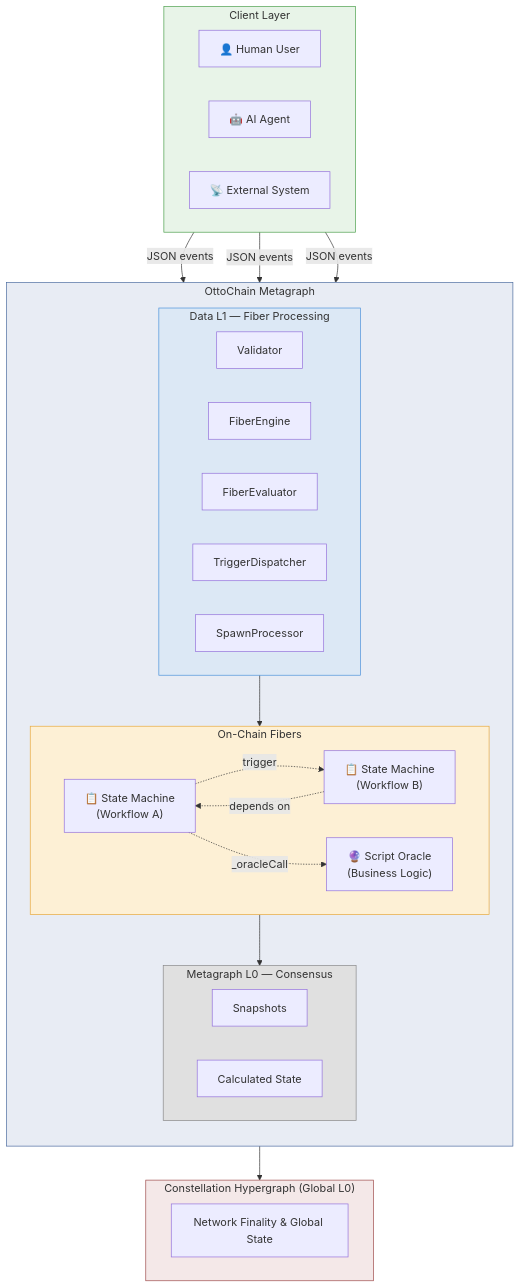
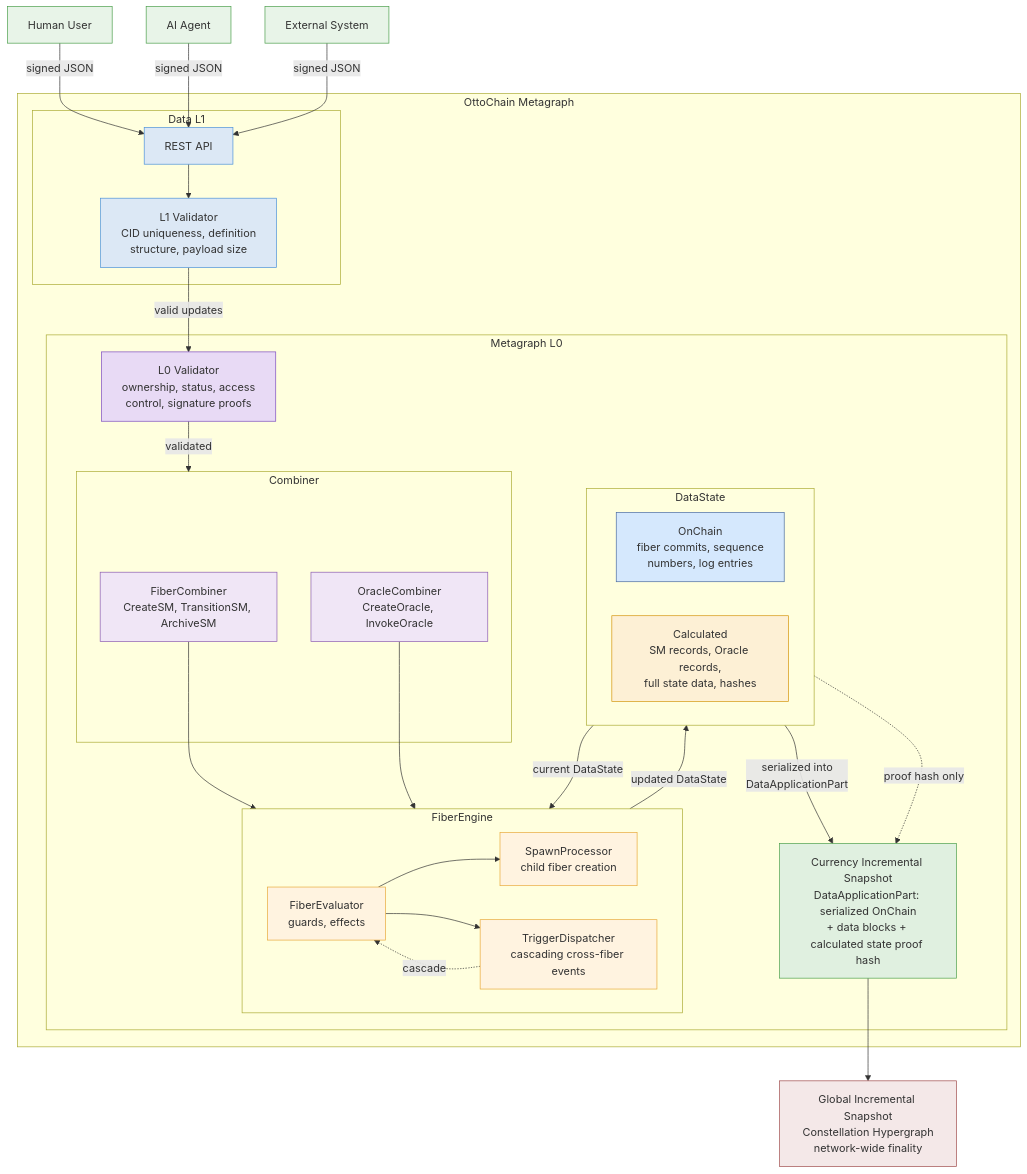
Before and after one commit to scasplte2/ottochain: the diagram in diagrams/conceptual-overview.mmd, drawn with Mermaid. The commit also changed 1 other file, not shown here.

Commit message:
docs: Update conceptual overview diagram with accurate architecture flow

```diff
--- a/diagrams/conceptual-overview.mmd
+++ b/diagrams/conceptual-overview.mmd
@@ -1,55 +1,74 @@
 graph TB
-    subgraph Client["Client Layer"]
-        direction LR
-        human["👤 Human User"]
-        ai["🤖 AI Agent"]
-        api["📡 External System"]
-    end
+    human["Human User"] -->|"signed JSON"| api
+    ai["AI Agent"] -->|"signed JSON"| api
+    ext["External System"] -->|"signed JSON"| api
 
     subgraph OttoChain["OttoChain Metagraph"]
-        direction TB
 
-        subgraph DataL1["Data L1 — Fiber Processing"]
-            direction LR
-            validator["Validator"]
-            engine["FiberEngine"]
-            evaluator["FiberEvaluator"]
-            triggers["TriggerDispatcher"]
-            spawner["SpawnProcessor"]
+        subgraph DataL1["Data L1"]
+            api["REST API"]
+            l1val["L1 Validator<br/>CID uniqueness, definition<br/>structure, payload size"]
+            api --> l1val
         end
 
-        subgraph Fibers["On-Chain Fibers"]
-            direction LR
-            sm1["📋 State Machine\n(Workflow A)"]
-            sm2["📋 State Machine\n(Workflow B)"]
-            oracle1["🔮 Script Oracle\n(Business Logic)"]
-        end
+        subgraph ML0["Metagraph L0"]
 
-        subgraph L0["Metagraph L0 — Consensus"]
-            snapshots["Snapshots"]
-            state["Calculated State"]
+            l0val["L0 Validator<br/>ownership, status, access<br/>control, signature proofs"]
+
+            subgraph Combining["Combiner"]
+                fcomb["FiberCombiner<br/>CreateSM, TransitionSM, ArchiveSM"]
+                ocomb["OracleCombiner<br/>CreateOracle, InvokeOracle"]
+            end
+
+            subgraph Engine["FiberEngine"]
+                eval["FiberEvaluator<br/>guards, effects"]
+                spawn["SpawnProcessor<br/>child fiber creation"]
+                trigger["TriggerDispatcher<br/>cascading cross-fiber events"]
+                eval --> spawn
+                eval --> trigger
+                trigger -.->|"cascade"| eval
+            end
+
+            subgraph DS["DataState"]
+                direction LR
+                onchain["OnChain<br/>fiber commits, sequence<br/>numbers, log entries"]
+                calcstate["Calculated<br/>SM records, Oracle records,<br/>full state data, hashes"]
+            end
+
+            snapshot["Currency Incremental Snapshot<br/>DataApplicationPart: serialized OnChain<br/>+ data blocks + calculated state proof hash"]
         end
     end
 
-    subgraph Hypergraph["Constellation Hypergraph (Global L0)"]
-        finality["Network Finality & Global State"]
-    end
+    global["Global Incremental Snapshot<br/>Constellation Hypergraph<br/>network-wide finality"]
 
-    human -->|"JSON events"| DataL1
-    ai -->|"JSON events"| DataL1
-    api -->|"JSON events"| DataL1
+    %% Main flow
+    l1val -->|"valid updates"| l0val
+    l0val -->|"validated"| Combining
+    fcomb --> Engine
+    ocomb --> Engine
 
-    DataL1 --> Fibers
-    sm1 -.->|"trigger"| sm2
-    sm1 -.->|"_oracleCall"| oracle1
-    sm2 -.->|"depends on"| sm1
+    %% Combiner delegates to Engine, which transforms DataState atomically
+    DS -->|"current DataState"| Engine
+    Engine -->|"updated DataState"| DS
 
-    Fibers --> L0
-    L0 --> Hypergraph
+    %% After snapshot: OnChain goes to Hypergraph, Calculated stays local
+    onchain -->|"serialized into<br/>DataApplicationPart"| snapshot
+    calcstate -.->|"proof hash only"| snapshot
+    snapshot --> global
 
-    style Client fill:#e8f4e8,stroke:#4a9e4a
-    style OttoChain fill:#e8ecf4,stroke:#4a6a9e
-    style Hypergraph fill:#f4e8e8,stroke:#9e4a4a
-    style DataL1 fill:#dce8f5,stroke:#4a90d9
-    style Fibers fill:#fdf0d5,stroke:#e8a838
-    style L0 fill:#e0e0e0,stroke:#888888
+    %% Styles
+    style human fill:#e8f4e8,stroke:#4a9e4a
+    style ai fill:#e8f4e8,stroke:#4a9e4a
+    style ext fill:#e8f4e8,stroke:#4a9e4a
+    style api fill:#dce8f5,stroke:#4a90d9
+    style l1val fill:#dce8f5,stroke:#4a90d9
+    style l0val fill:#e8daf5,stroke:#7b4abf
+    style fcomb fill:#f0e6f6,stroke:#8a5ab0
+    style ocomb fill:#f0e6f6,stroke:#8a5ab0
+    style eval fill:#fff3e0,stroke:#e8a838
+    style spawn fill:#fff3e0,stroke:#e8a838
+    style trigger fill:#fff3e0,stroke:#e8a838
+    style onchain fill:#d5e8fd,stroke:#4a6a9e
+    style calcstate fill:#fdf0d5,stroke:#d4940a
+    style snapshot fill:#e0f0e0,stroke:#4a9e4a
+    style global fill:#f4e8e8,stroke:#9e4a4a
```
